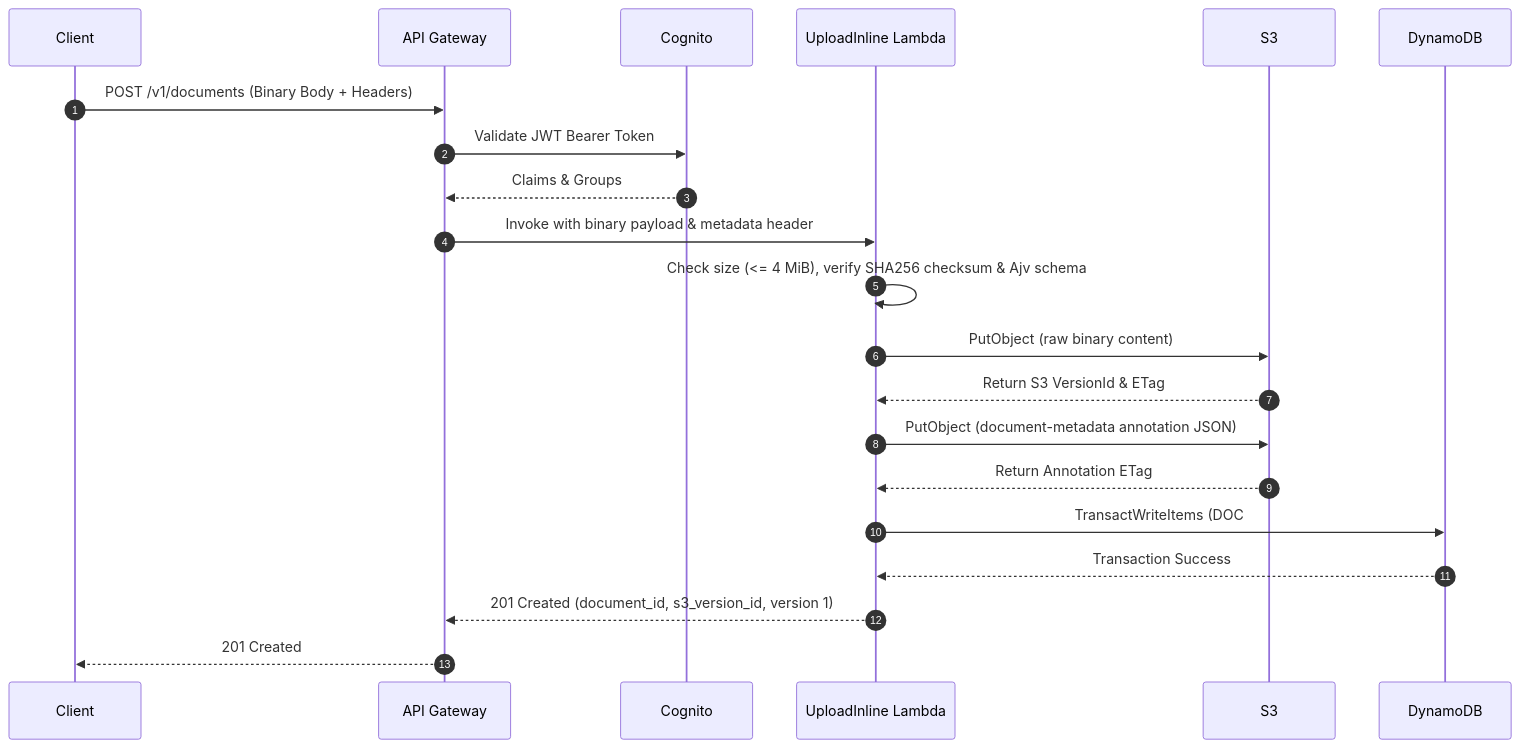
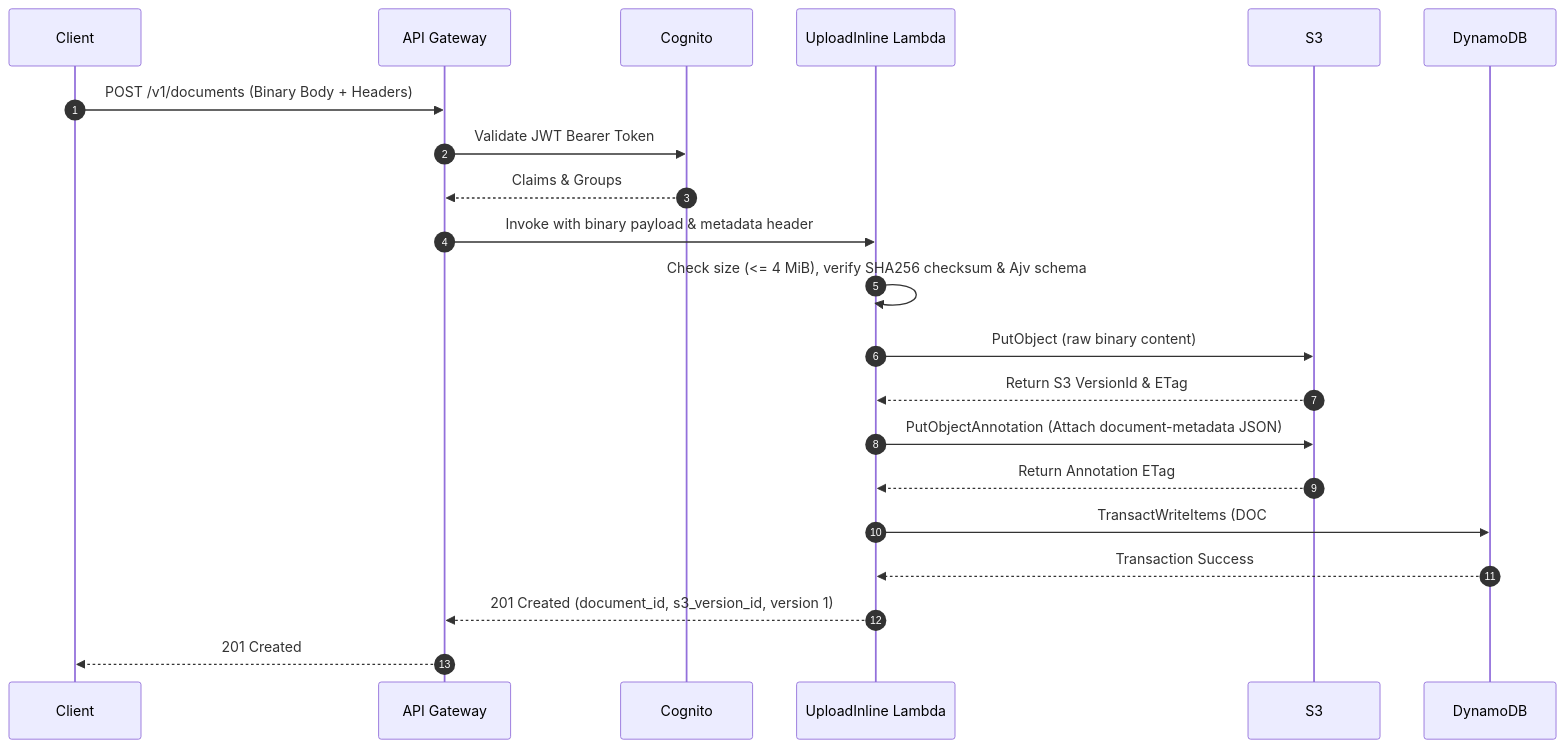
Before and after one commit to peydan/aws-doc-management-system: the second of 17 diagrams in SOLUTION_ARCHITECTURE_SPECIFICATION.md, drawn with Mermaid. The commit also changed other lines of this file and 44 other files, not shown here.

Commit message:
feat: add frontend deployment configs, architecture diagrams, and backend updates

````diff
--- a/SOLUTION_ARCHITECTURE_SPECIFICATION.md
+++ b/SOLUTION_ARCHITECTURE_SPECIFICATION.md
@@ -517,17 +518,17 @@
   ```mermaid
   sequenceDiagram
     autonumber
     Client->>API Gateway: POST /v1/documents (Binary Body + Headers)
     API Gateway->>Cognito: Validate JWT Bearer Token
     Cognito-->>API Gateway: Claims & Groups
     API Gateway->>UploadInline Lambda: Invoke with binary payload & metadata header
     UploadInline Lambda->>UploadInline Lambda: Check size (<= 4 MiB), verify SHA256 checksum & Ajv schema
     UploadInline Lambda->>S3: PutObject (raw binary content)
     S3-->>UploadInline Lambda: Return S3 VersionId & ETag
-    UploadInline Lambda->>S3: PutObject (document-metadata annotation JSON)
+    UploadInline Lambda->>S3: PutObjectAnnotation (Attach document-metadata JSON)
     S3-->>UploadInline Lambda: Return Annotation ETag
     UploadInline Lambda->>DynamoDB: TransactWriteItems (DOC# pointer + VER#0000000001 + IDEMP# lock)
     DynamoDB-->>UploadInline Lambda: Transaction Success
     UploadInline Lambda-->>API Gateway: 201 Created (document_id, s3_version_id, version 1)
     API Gateway-->>Client: 201 Created
   ```
````
